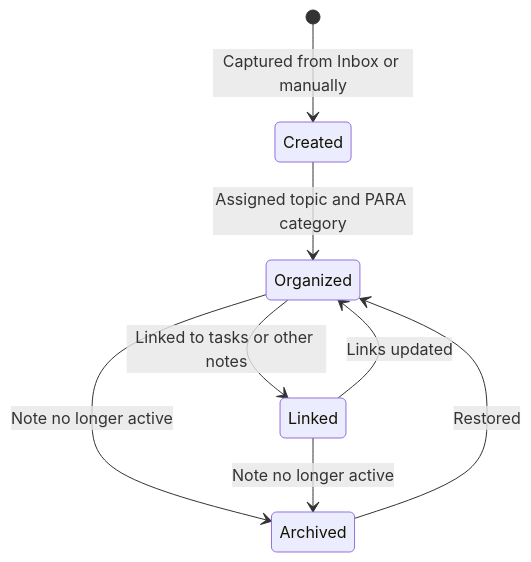
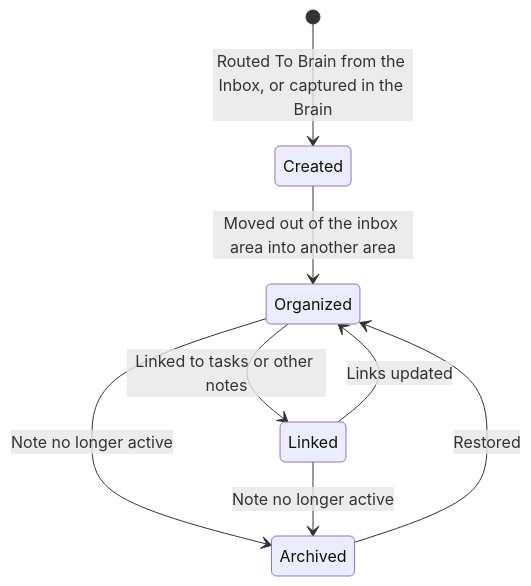
Before and after one commit to JSdotNet/Backlog: the diagram in .devbook/domain/devbook/flow.md, drawn with Mermaid. The commit also changed other lines of this file and 14 other files, not shown here.

````diff
--- a/.devbook/domain/devbook/flow.md
+++ b/.devbook/domain/devbook/flow.md
@@ -14,10 +14,10 @@
 ```mermaid
 stateDiagram-v2
-    [*] --> Created : Captured from Inbox or manually
-    Created --> Organized : Assigned topic and PARA category
+    [*] --> Created : Routed To Brain from the Inbox, or captured in the Brain
+    Created --> Organized : Moved out of the inbox area into another area
     Organized --> Linked : Linked to tasks or other notes
     Linked --> Organized : Links updated
     Organized --> Archived : Note no longer active
     Linked --> Archived : Note no longer active
     Archived --> Organized : Restored
 ```
````
